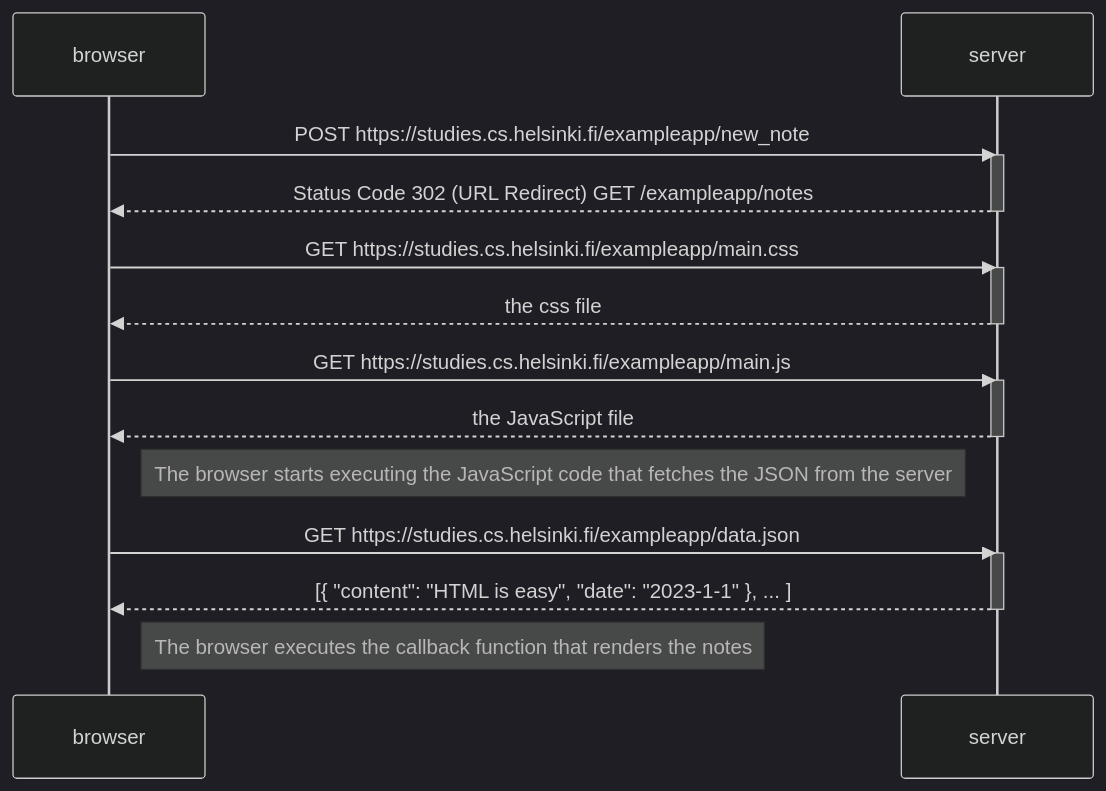
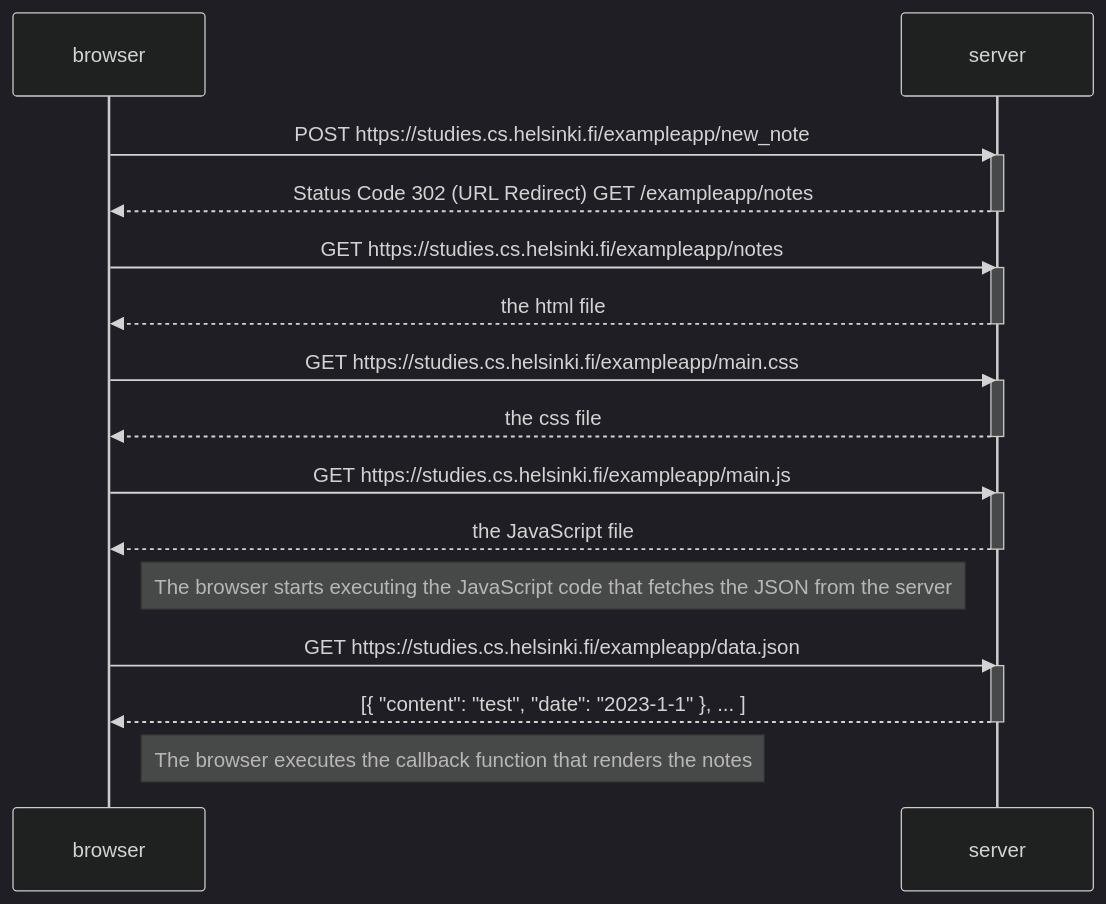
Before and after one commit to jasperluong00/Full-Stack-Open: the diagram in part0/new-note-diagram.md, drawn with Mermaid (dark theme).

````diff
--- a/part0/new-note-diagram.md
+++ b/part0/new-note-diagram.md
@@ -1,30 +1,35 @@
 ```mermaid
 sequenceDiagram
     participant browser
     participant server
 
     browser->>server: POST https://studies.cs.helsinki.fi/exampleapp/new_note
 
     activate server
     server-->>browser: Status Code 302 (URL Redirect) GET /exampleapp/notes
+    deactivate server
+
+    browser->>server: GET https://studies.cs.helsinki.fi/exampleapp/notes
+    activate server
+    server-->>browser: the html file
     deactivate server
 
     browser->>server: GET https://studies.cs.helsinki.fi/exampleapp/main.css 
     activate server
     server-->>browser: the css file
     deactivate server
 
     browser->>server: GET https://studies.cs.helsinki.fi/exampleapp/main.js
     activate server
     server-->>browser: the JavaScript file
     deactivate server
 
     Note right of browser: The browser starts executing the JavaScript code that fetches the JSON from the server
 
     browser->>server: GET https://studies.cs.helsinki.fi/exampleapp/data.json
     activate server
-    server-->>browser: [{ "content": "HTML is easy", "date": "2023-1-1" }, ... ]
+    server-->>browser: [{ "content": "test", "date": "2023-1-1" }, ... ]
     deactivate server
 
     Note right of browser: The browser executes the callback function that renders the notes
 ```
````
